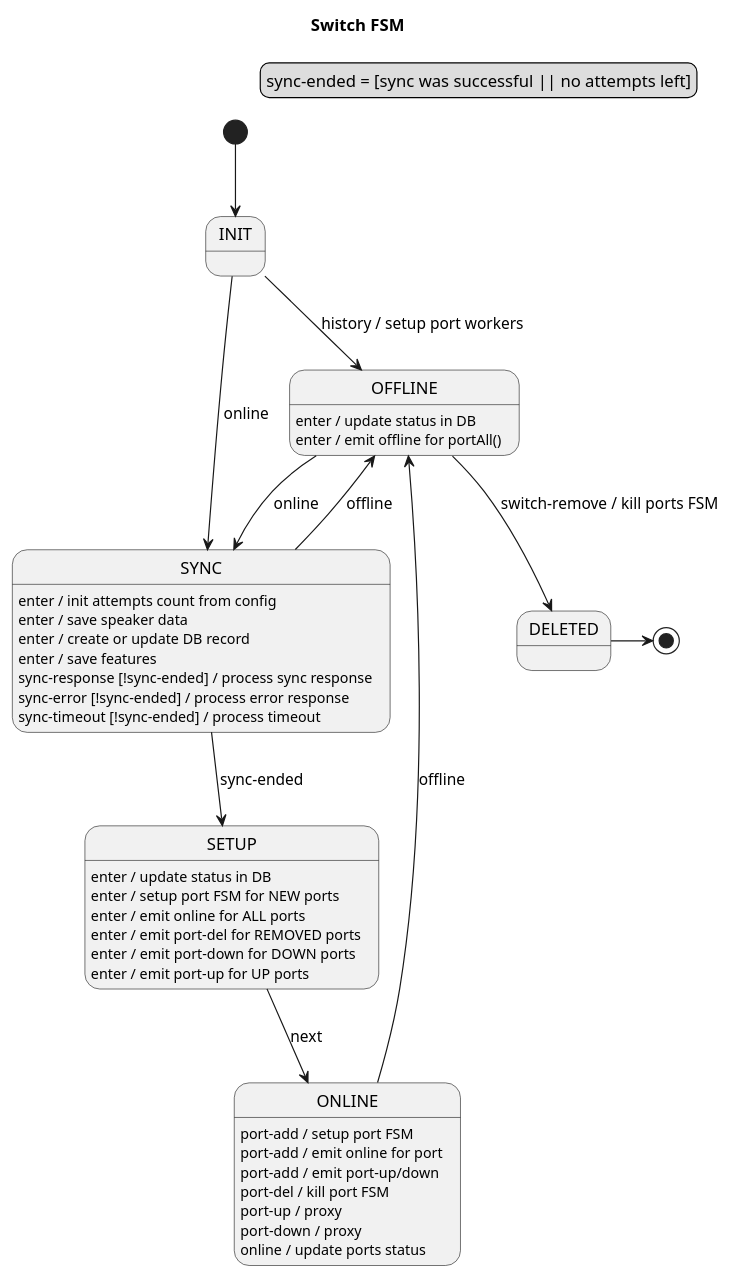
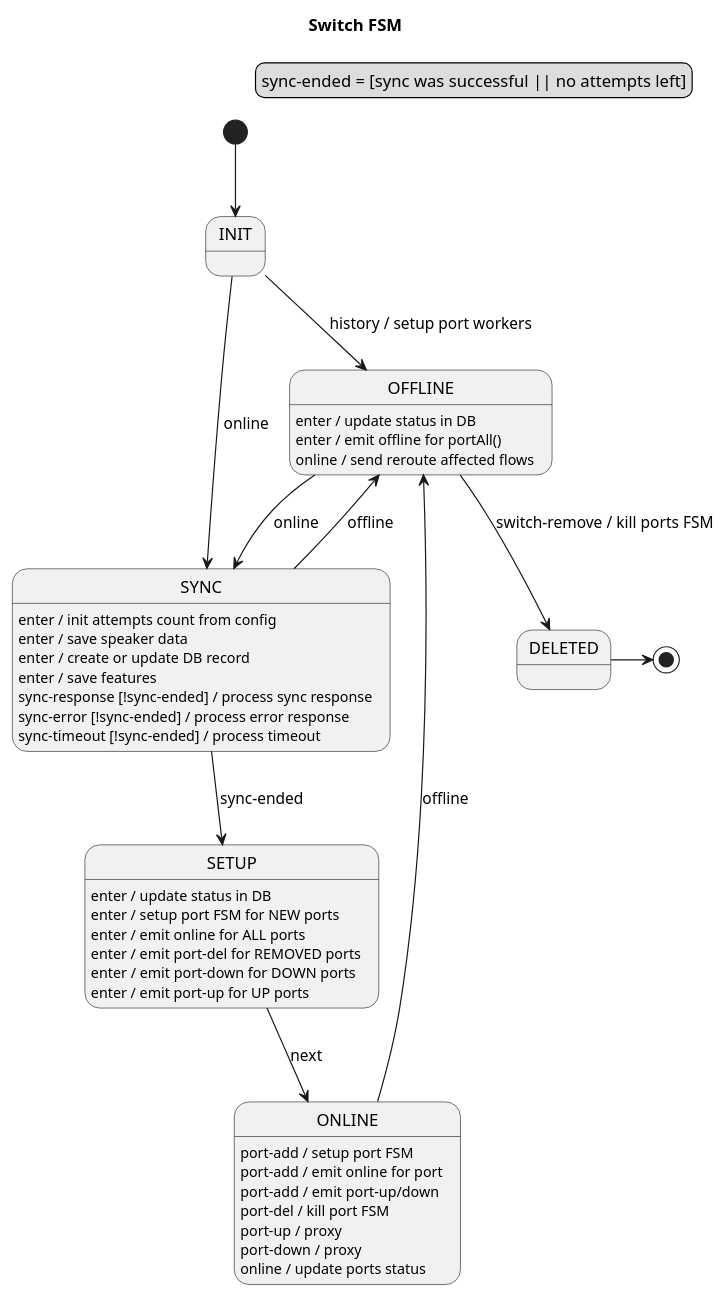
Before and after one commit to telstra/open-kilda: the diagram in docs/design/network-discovery/switch-FSM.puml, drawn with PlantUML. The commit also changed 14 other files, not shown here.

Commit message:
Reroute affected flows on switch up event

```diff
--- a/docs/design/network-discovery/switch-FSM.puml
+++ b/docs/design/network-discovery/switch-FSM.puml
@@ -22,46 +22,47 @@
 @startuml
 title Switch FSM
 
 legend top right
     sync-ended = [sync was successful || no attempts left]
 endlegend
 
 [*] --> INIT
 
 INIT --> OFFLINE : history / setup port workers
 INIT --> SYNC : online
 
 SYNC : enter / init attempts count from config
 SYNC : enter / save speaker data
 SYNC : enter / create or update DB record
 SYNC : enter / save features
 SYNC : sync-response [!sync-ended] / process sync response
 SYNC : sync-error [!sync-ended] / process error response
 SYNC : sync-timeout [!sync-ended] / process timeout
 SYNC --> SETUP : sync-ended
 SYNC --> OFFLINE : offline
 
 SETUP : enter / update status in DB
 SETUP : enter / setup port FSM for NEW ports
 SETUP : enter / emit online for ALL ports
 SETUP : enter / emit port-del for REMOVED ports
 SETUP : enter / emit port-down for DOWN ports
 SETUP : enter / emit port-up for UP ports
 SETUP --> ONLINE : next
 
 ONLINE : port-add / setup port FSM
 ONLINE : port-add / emit online for port
 ONLINE : port-add / emit port-up/down
 ONLINE : port-del / kill port FSM
 ONLINE : port-up / proxy
 ONLINE : port-down / proxy
 ONLINE : online / update ports status
 ONLINE --> OFFLINE : offline
 
 OFFLINE : enter / update status in DB
 OFFLINE : enter / emit offline for portAll()
+OFFLINE : online / send reroute affected flows
 OFFLINE --> SYNC : online
 OFFLINE --> DELETED: switch-remove / kill ports FSM
 DELETED -> [*]
 
 @enduml
```
